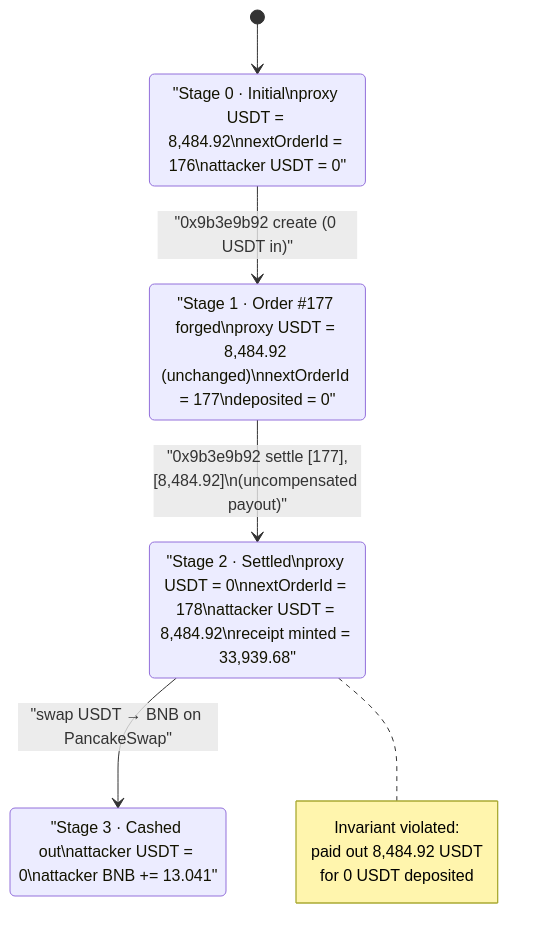
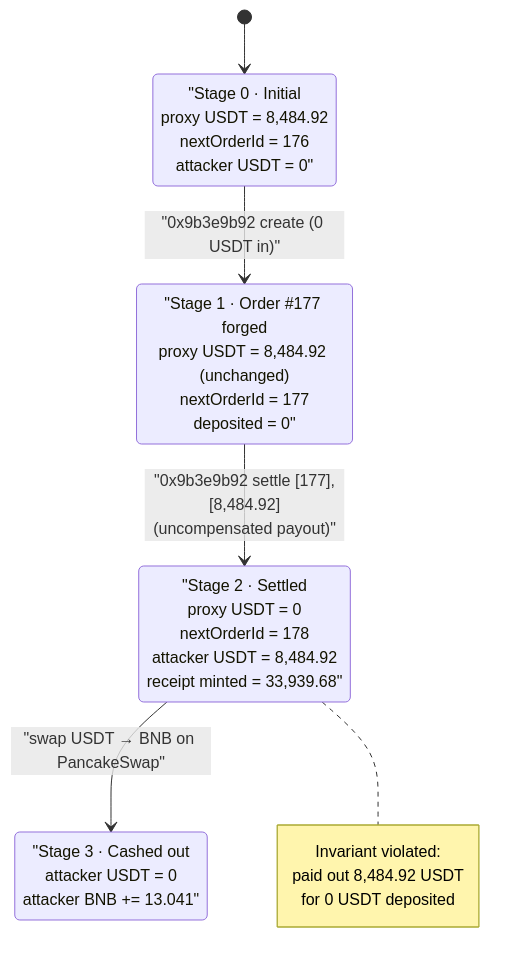
The second of 3 diagrams in 2024-11-proxy_b7e1_exp/proxy_b7e1_exp.md (sanbir/evm-hack-registry), drawn with Mermaid before and after one commit. The commit also changed 280 other files, not shown here.

Commit message:
mermaid fixes

````diff
--- a/2024-11-proxy_b7e1_exp/proxy_b7e1_exp.md
+++ b/2024-11-proxy_b7e1_exp/proxy_b7e1_exp.md
@@ -287,18 +287,18 @@
 ```mermaid
 stateDiagram-v2
     [*] --> Initial
-    Initial: "Stage 0 · Initial\nproxy USDT = 8,484.92\nnextOrderId = 176\nattacker USDT = 0"
-    Forged: "Stage 1 · Order #177 forged\nproxy USDT = 8,484.92 (unchanged)\nnextOrderId = 177\ndeposited = 0"
-    Drained: "Stage 2 · Settled\nproxy USDT = 0\nnextOrderId = 178\nattacker USDT = 8,484.92\nreceipt minted = 33,939.68"
-    CashedOut: "Stage 3 · Cashed out\nattacker USDT = 0\nattacker BNB += 13.041"
+    Initial: "Stage 0 · Initial<br/>proxy USDT = 8,484.92<br/>nextOrderId = 176<br/>attacker USDT = 0"
+    Forged: "Stage 1 · Order #177 forged<br/>proxy USDT = 8,484.92 (unchanged)<br/>nextOrderId = 177<br/>deposited = 0"
+    Drained: "Stage 2 · Settled<br/>proxy USDT = 0<br/>nextOrderId = 178<br/>attacker USDT = 8,484.92<br/>receipt minted = 33,939.68"
+    CashedOut: "Stage 3 · Cashed out<br/>attacker USDT = 0<br/>attacker BNB += 13.041"
 
     Initial --> Forged: "0x9b3e9b92 create (0 USDT in)"
-    Forged --> Drained: "0x9b3e9b92 settle [177],[8,484.92]\n(uncompensated payout)"
+    Forged --> Drained: "0x9b3e9b92 settle [177],[8,484.92]<br/>(uncompensated payout)"
     Drained --> CashedOut: "swap USDT → BNB on PancakeSwap"
 
     note right of Drained
         Invariant violated:
         paid out 8,484.92 USDT
         for 0 USDT deposited
     end note
 ```
````
